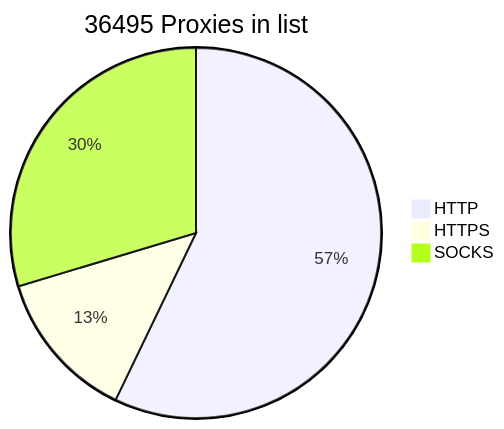
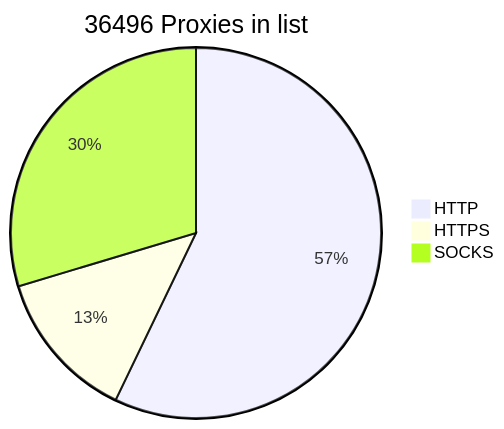
Before and after one commit to BlackSnowDot/proxylist-update-every-minute: the diagram in README.md, drawn with Mermaid.

````diff
--- a/README.md
+++ b/README.md
@@ -2,6 +2,6 @@
 ```mermaid
-pie title 36495 Proxies in list
+pie title 36496 Proxies in list
     "HTTP" : 23165
-    "HTTPS": 5358
-    "SOCKS" : 12017
+    "HTTPS": 5360
+    "SOCKS" : 12018
 ```
````
